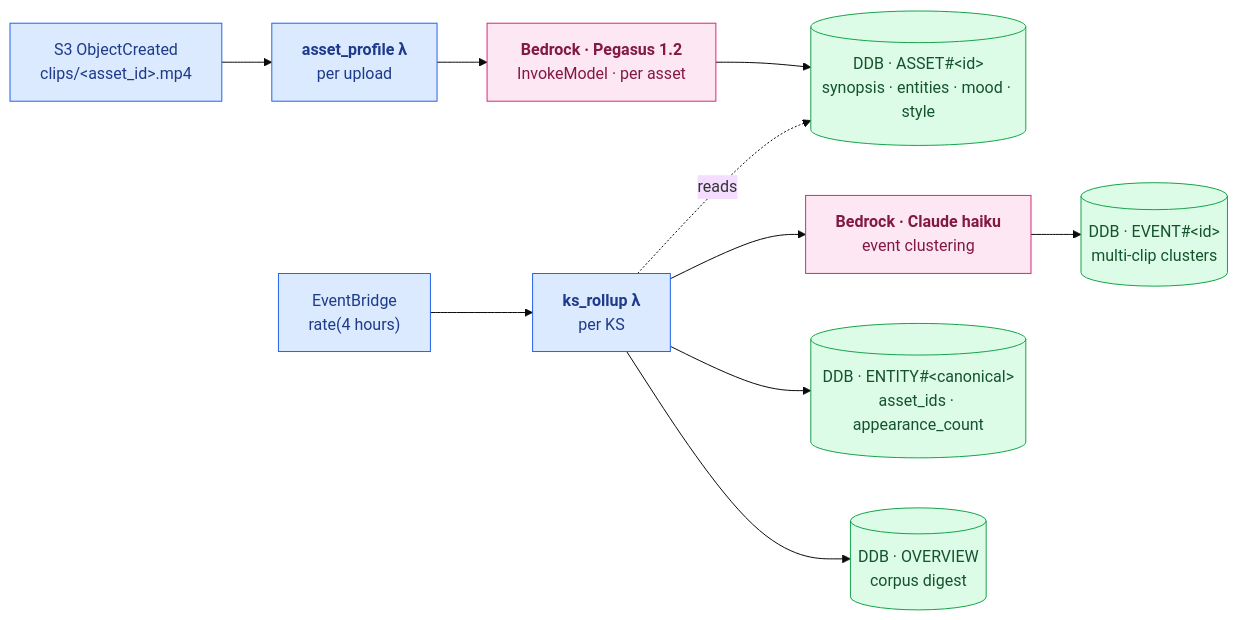
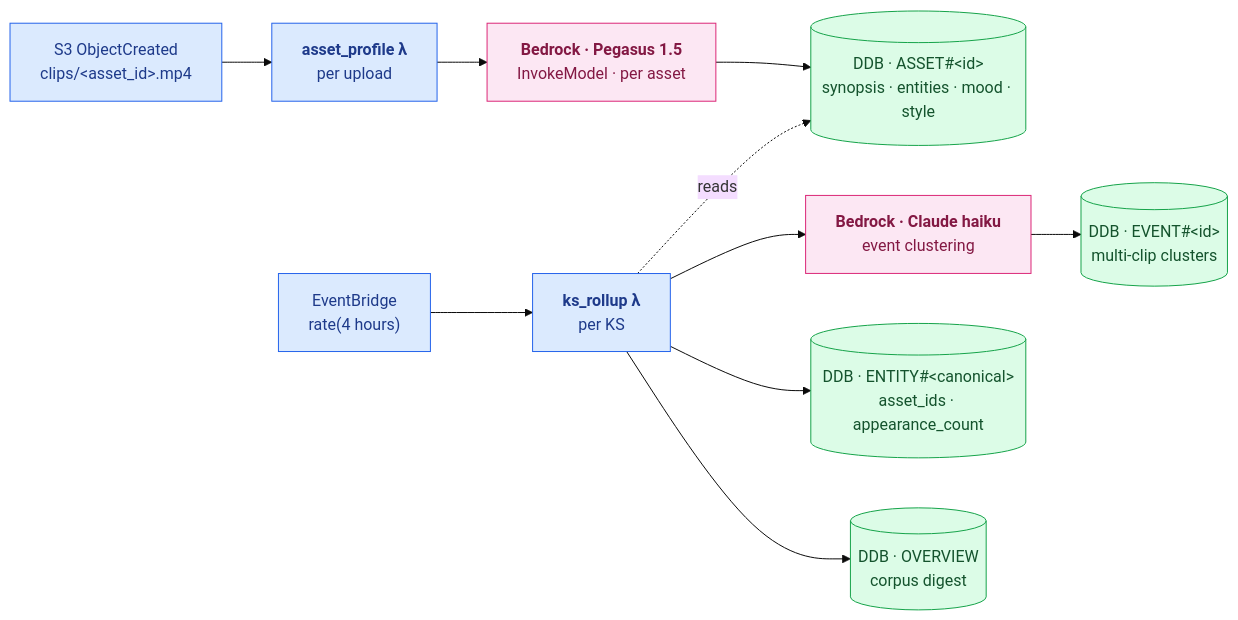
Before and after one commit to twelvelabs-io/tl-agentcore: the fifth of 7 diagrams in docs/whitepaper.md, drawn with Mermaid (base theme). The commit also changed other lines of this file and 10 other files, not shown here.

````diff
--- a/docs/whitepaper.md
+++ b/docs/whitepaper.md
@@ -509,31 +509,31 @@
 ```mermaid
 flowchart LR
     Trig["S3 ObjectCreated<br/>clips/&lt;asset_id&gt;.mp4"]
     Prof["<b>asset_profile λ</b><br/>per upload"]
-    Pegasus["<b>Bedrock · Pegasus 1.2</b><br/>InvokeModel · per asset"]
+    Pegasus["<b>Bedrock · Pegasus 1.5</b><br/>InvokeModel · per asset"]
     Asset[("DDB · ASSET#&lt;id&gt;<br/>synopsis · entities · mood · style")]
     EB["EventBridge<br/>rate(4 hours)"]
     Roll["<b>ks_rollup λ</b><br/>per KS"]
     Claude["<b>Bedrock · Claude haiku</b><br/>event clustering"]
     Ent[("DDB · ENTITY#&lt;canonical&gt;<br/>asset_ids · appearance_count")]
     Over[("DDB · OVERVIEW<br/>corpus digest")]
     Evt[("DDB · EVENT#&lt;id&gt;<br/>multi-clip clusters")]
 
     Trig --> Prof
     Prof --> Pegasus
     Pegasus --> Asset
 
     EB --> Roll
     Roll -. reads .-> Asset
     Roll --> Ent
     Roll --> Over
     Roll --> Claude
     Claude --> Evt
 
     classDef step    fill:#dbeafe,stroke:#2563eb,color:#1e3a8a
     classDef bedrock fill:#fce7f3,stroke:#db2777,color:#831843
     classDef store   fill:#dcfce7,stroke:#16a34a,color:#14532d
     class Trig,Prof,EB,Roll step
     class Pegasus,Claude bedrock
     class Asset,Ent,Over,Evt store
 ```
````
